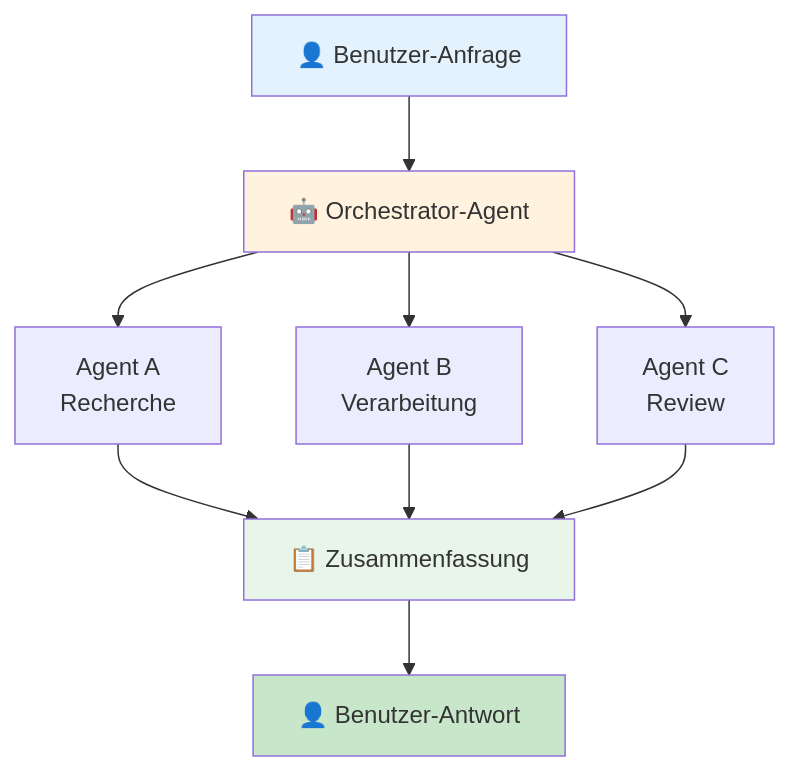
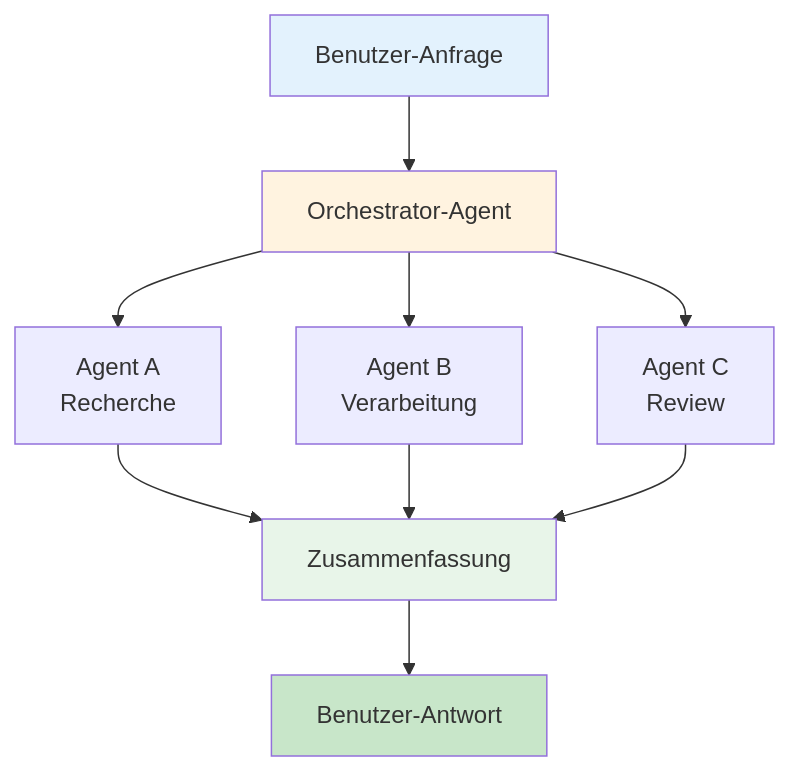
The diagram in guide_de.md (justinsz/ProPrompt), drawn with Mermaid before and after one commit. The commit also changed other lines of this file and 11 other files, not shown here.

````diff
--- a/guide_de.md
+++ b/guide_de.md
@@ -284,14 +284,14 @@
 ```mermaid
 flowchart TB
-    A[👤 Benutzer-Anfrage] --> B[🤖 Orchestrator-Agent]
+    A[Benutzer-Anfrage] --> B[Orchestrator-Agent]
     B --> C[Agent A<br/>Recherche]
     B --> D[Agent B<br/>Verarbeitung]
     B --> E[Agent C<br/>Review]
-    C & D & E --> F[📋 Zusammenfassung]
-    F --> G[👤 Benutzer-Antwort]
-    
+    C & D & E --> F[Zusammenfassung]
+    F --> G[Benutzer-Antwort]
+
     style A fill:#e3f2fd
     style B fill:#fff3e0
     style F fill:#e8f5e9
     style G fill:#c8e6c9
 ```
````
